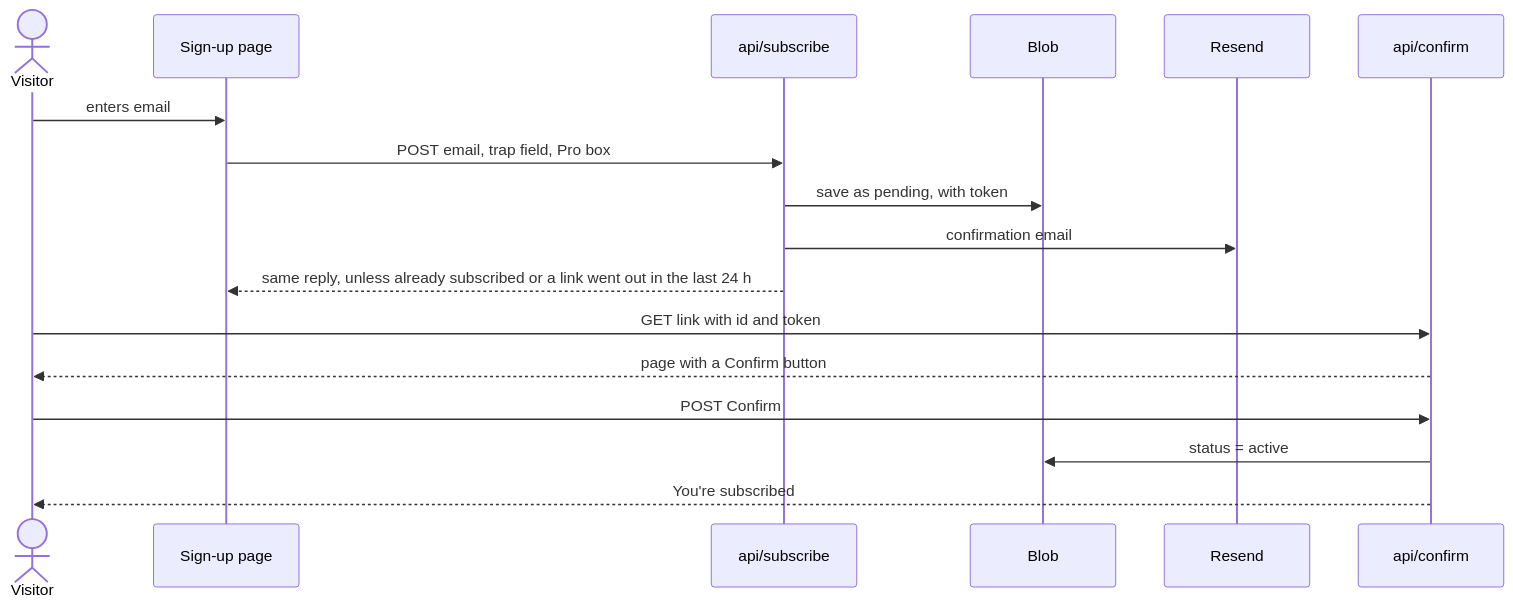
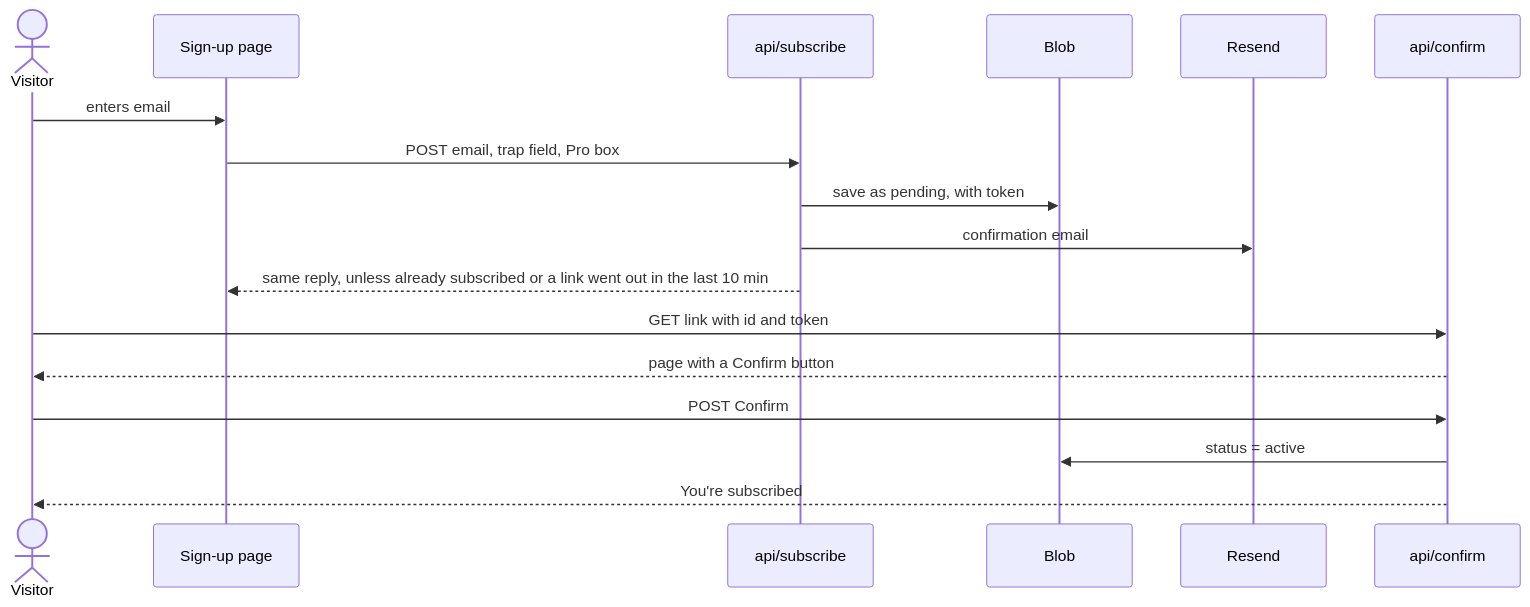
The second of 6 diagrams in docs/subscriptions/architecture.md (bhawnamanglapm/travel-problem-radar-case-study), drawn with Mermaid before and after one commit. The commit also changed 7 other files, not shown here.

First line of the commit message:
Docs: confirmation re-send after 10 minutes (account-flows #9)

````diff
--- a/docs/subscriptions/architecture.md
+++ b/docs/subscriptions/architecture.md
@@ -77,19 +77,19 @@
 ```mermaid
 sequenceDiagram
   actor U as Visitor
   participant P as Sign-up page
   participant S as api/subscribe
   participant B as Blob
   participant R as Resend
   participant C as api/confirm
   U->>P: enters email
   P->>S: POST email, trap field, Pro box
   S->>B: save as pending, with token
   S->>R: confirmation email
-  S-->>P: same reply, unless already subscribed or a link went out in the last 24 h
+  S-->>P: same reply, unless already subscribed or a link went out in the last 10 min
   U->>C: GET link with id and token
   C-->>U: page with a Confirm button
   U->>C: POST Confirm
   C->>B: status = active
   C-->>U: You're subscribed
 ```
````
